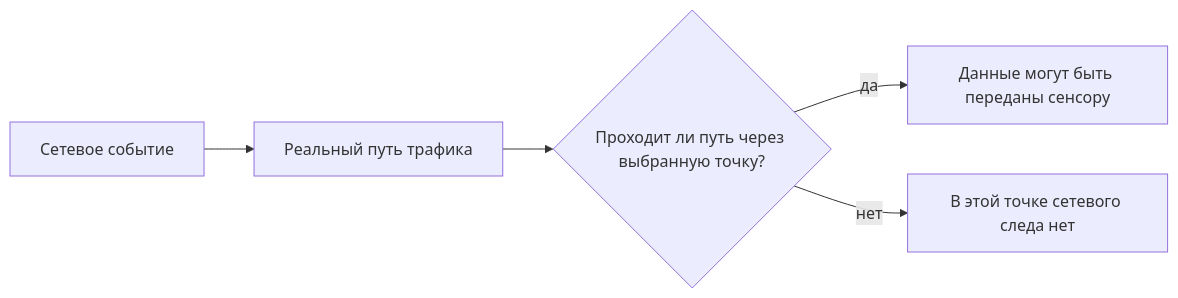
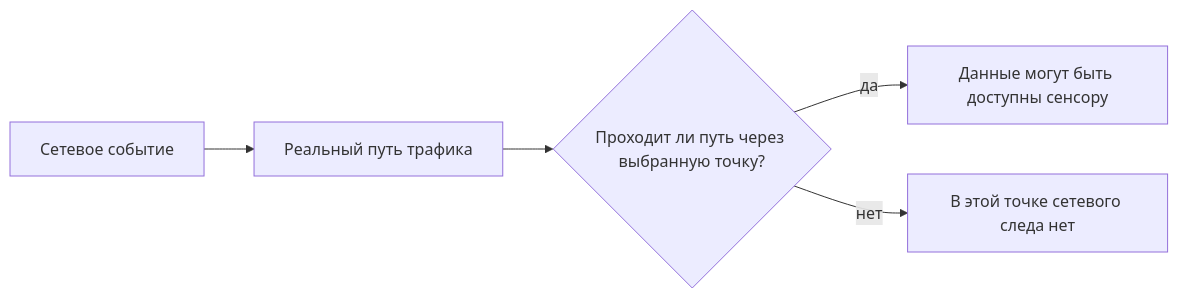
Before and after one commit to 11ndra/spvo: the diagram in docs/course/04-detection-methods.md, drawn with Mermaid. The commit also changed other lines of this file and 1 other file, not shown here.

````diff
--- a/docs/course/04-detection-methods.md
+++ b/docs/course/04-detection-methods.md
@@ -21,7 +21,7 @@
 ```mermaid
 flowchart LR
     E[Сетевое событие] --> P[Реальный путь трафика]
     P --> Q{Проходит ли путь через выбранную точку?}
-    Q -->|да| D[Данные могут быть переданы сенсору]
+    Q -->|да| D[Данные могут быть доступны сенсору]
     Q -->|нет| N[В этой точке сетевого следа нет]
 ```
````
